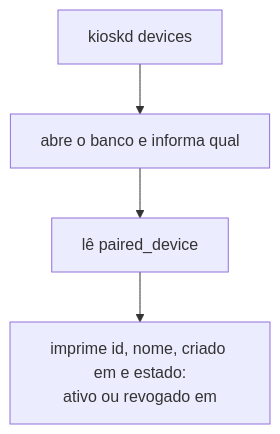
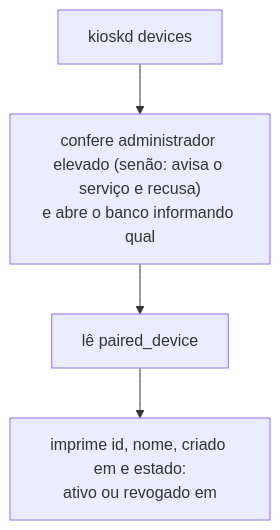
One commit to jefersonlop3s/kiosk-engine changed the fifth of 28 diagrams in docs/architecture/fluxos-dos-comandos.md. Above: the diagram before and after it, drawn with Mermaid. The commit also changed other lines of this file and 22 other files, not shown here.

````diff
--- a/docs/architecture/fluxos-dos-comandos.md
+++ b/docs/architecture/fluxos-dos-comandos.md
@@ -109,6 +111,6 @@
 ```mermaid
 flowchart TD
-    A["kioskd devices"] --> B["abre o banco e informa qual"]
+    A["kioskd devices"] --> B["confere administrador elevado (senão: avisa o serviço e recusa)<br/>e abre o banco informando qual"]
     B --> C["lê paired_device"]
     C --> D["imprime id, nome, criado em e estado:<br/>ativo ou revogado em"]
 ```
````
